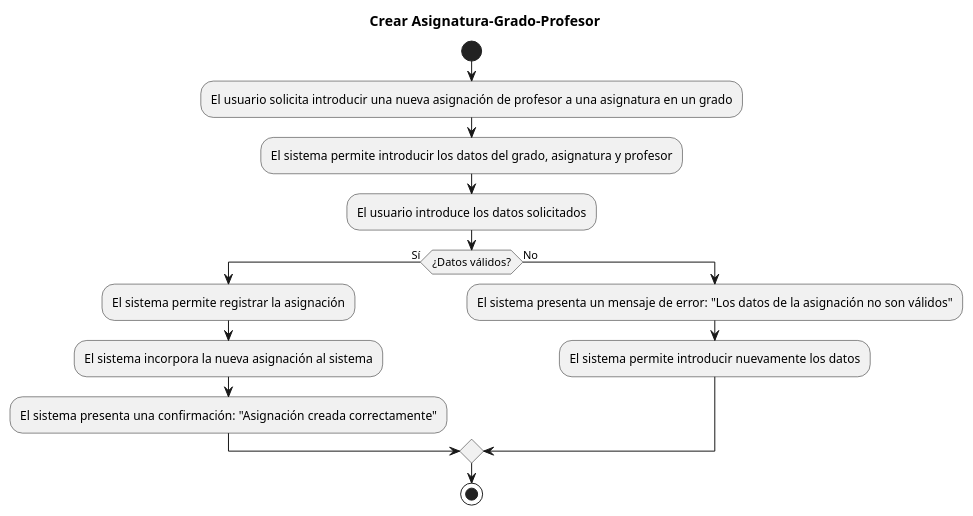
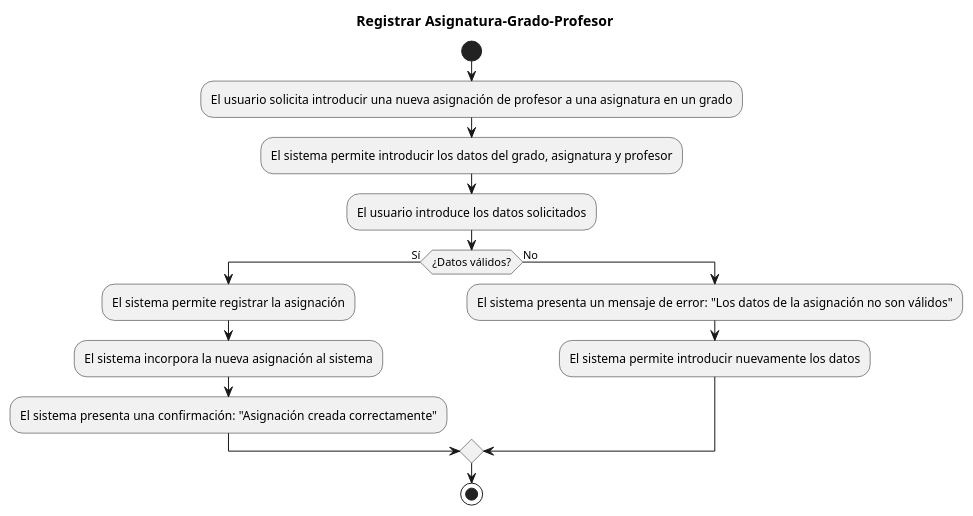
One commit to mmasias/24-25-IdSw1-SDR changed the diagram in casosDeUso/plantUML/AsignaturaGradoProfesor/RegistrarAsignaturaGradoProfesor.puml. Above: the diagram before and after it, drawn with PlantUML. The commit also changed 4 other files, not shown here.

```diff
--- a/casosDeUso/plantUML/AsignaturaGradoProfesor/RegistrarAsignaturaGradoProfesor.puml
+++ b/casosDeUso/plantUML/AsignaturaGradoProfesor/RegistrarAsignaturaGradoProfesor.puml
@@ -1,19 +1,19 @@
 @startuml
 
-title Crear Asignatura-Grado-Profesor
+title Registrar Asignatura-Grado-Profesor
 
 start
 :El usuario solicita introducir una nueva asignación de profesor a una asignatura en un grado;
 :El sistema permite introducir los datos del grado, asignatura y profesor;
 :El usuario introduce los datos solicitados;
 if (¿Datos válidos?) then (Sí)
 :El sistema permite registrar la asignación;
 :El sistema incorpora la nueva asignación al sistema;
 :El sistema presenta una confirmación: "Asignación creada correctamente";
 else (No)
 :El sistema presenta un mensaje de error: "Los datos de la asignación no son válidos";
 :El sistema permite introducir nuevamente los datos;
 endif
 stop
 
 @enduml
```
